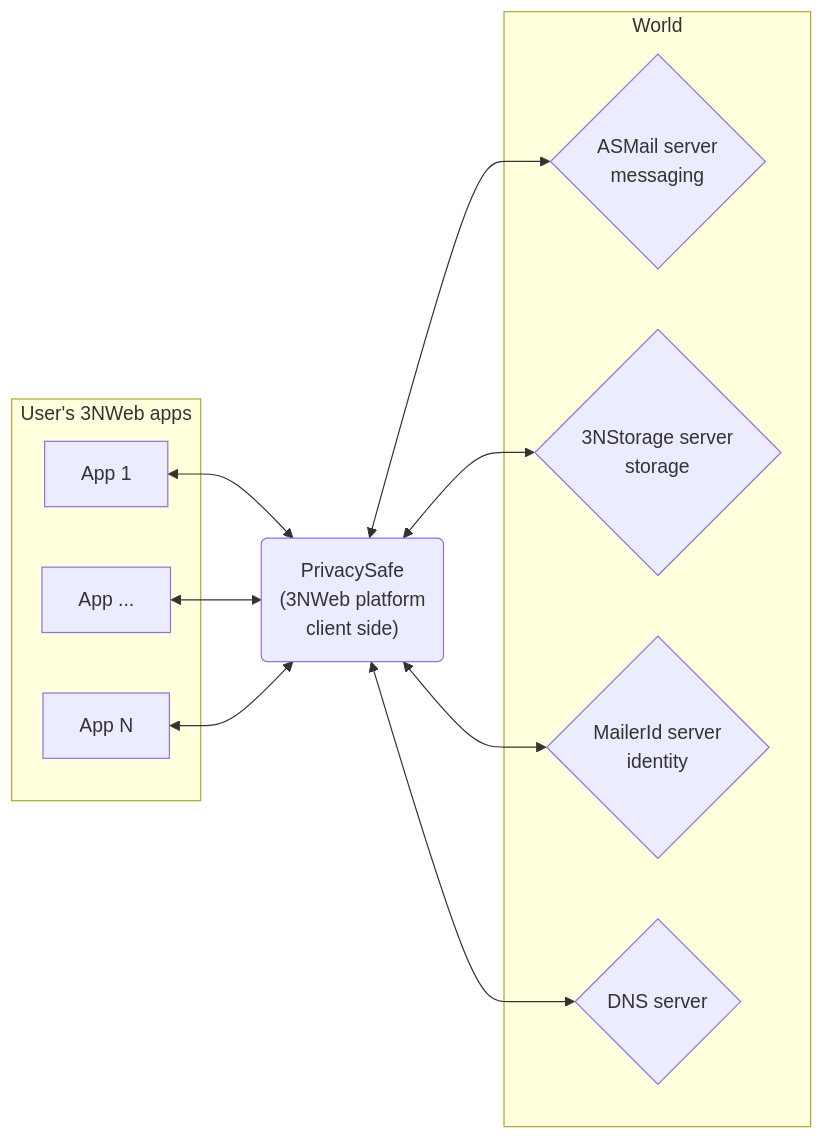
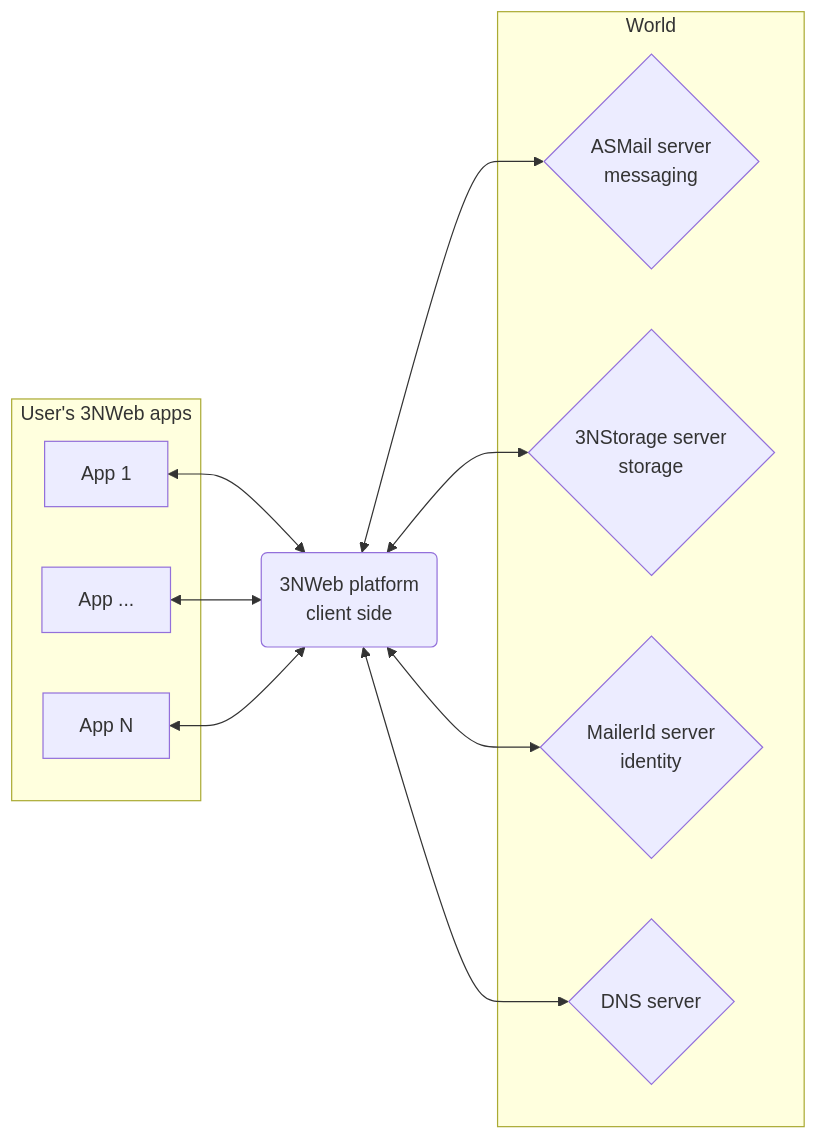
Before and after one commit to PrivacySafe/privacysafe-platform-electron: the diagram in README.md, drawn with Mermaid. The commit also changed other lines of this file and 210 other files, not shown here.

````diff
--- a/README.md
+++ b/README.md
@@ -9,22 +9,22 @@
 ```mermaid
 flowchart LR
   subgraph W["World"]
     MS{ASMail server <br> messaging}
     SS{3NStorage server <br> storage}
     IS{MailerId server <br> identity}
     DS{DNS server}
   end
-  P("PrivacySafe <br> (3NWeb platform <br> client side)")
+  P(3NWeb platform <br> client side)
   subgraph UA["User's 3NWeb apps"]
     A1[App 1]
     A2[App ...]
     AN[App N]
   end
   A1 <--> P
   A2 <--> P
   AN <--> P
   P <--> MS
   P <--> SS
   P <--> IS
   P <--> DS
 ```
````
